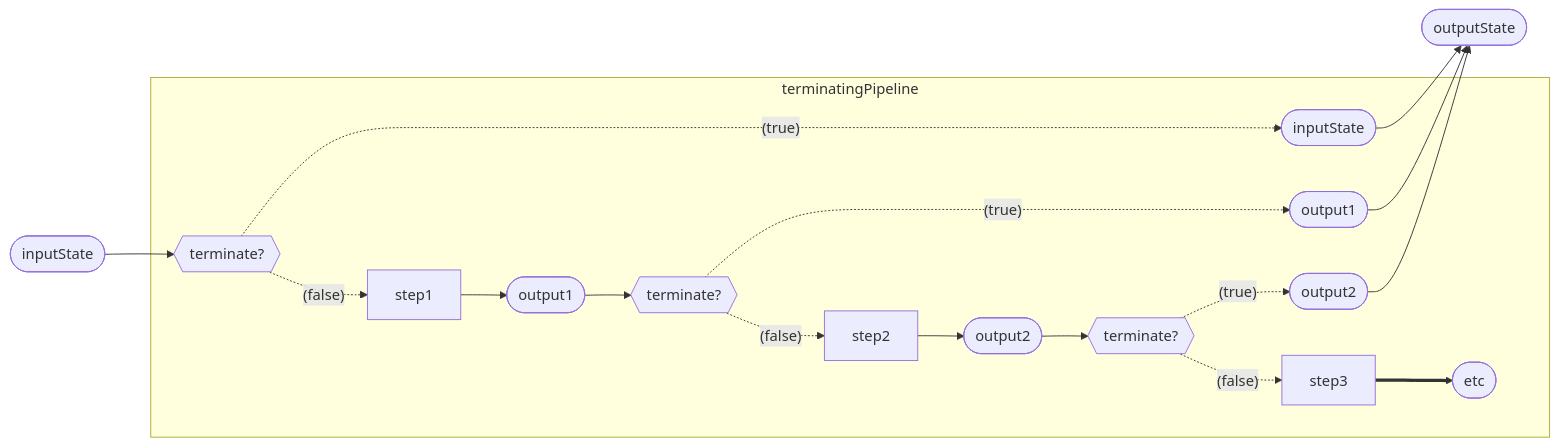
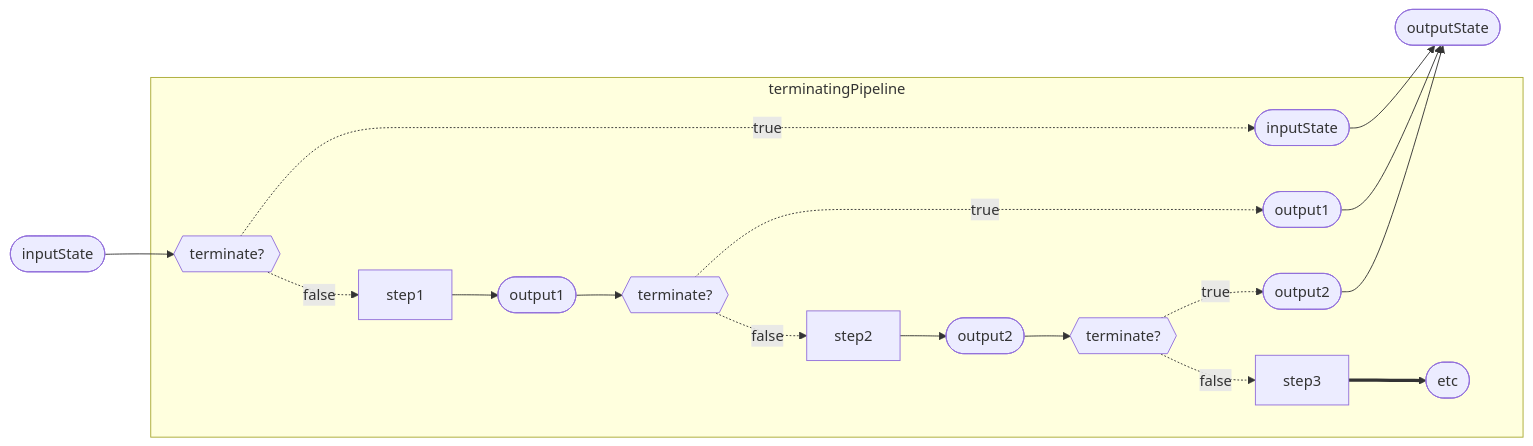
One commit to corvus-dotnet/Corvus.Pipelines changed the fifth of 11 diagrams in README.md. Above: the diagram before and after it, drawn with Mermaid.

Commit message:
Update README.md
Github's renderer can't cope with line labels with round brackets.

````diff
--- a/README.md
+++ b/README.md
@@ -175,20 +175,20 @@
 ```mermaid
 flowchart LR
     i1([inputState])-->t0{{terminate?}}
     subgraph terminatingPipeline
-        t0-.(true).->t0o([inputState])
-        t0-.(false).->step1
+        t0-.true.->t0o([inputState])
+        t0-.false.->step1
         step1-->o1([output1])
         o1-->terminate1{{terminate?}}
-        terminate1-.(true).->t1o([output1])
-        terminate1-.(false).->step2
+        terminate1-.true.->t1o([output1])
+        terminate1-.false.->step2
         step2-->o2([output2])
         o2-->terminate2{{terminate?}}
-        terminate2-.(true).->t2o([output2])
-        terminate2-.(false).->step3
+        terminate2-.true.->t2o([output2])
+        terminate2-.false.->step3
         step3==>o([etc])
     end
     t0o-->output([outputState])
     t1o-->output
     t2o-->output
 ```
````
